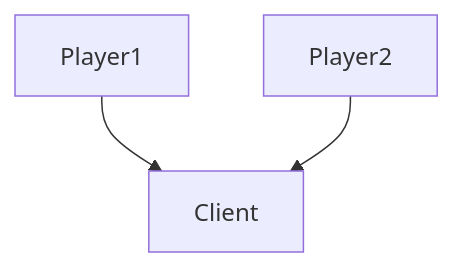
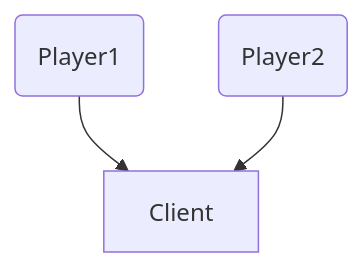
Before and after one commit to MsYqgzt/msyqgzt.github.io: the first of 5 diagrams in blog/source/_posts/Unity Mirror.md, drawn with Mermaid. The commit also changed other lines of this file and 97 other files, not shown here.

Commit message:
upload/add mermaid plugin

````diff
--- a/blog/source/_posts/Unity Mirror.md
+++ b/blog/source/_posts/Unity Mirror.md
@@ -25,5 +26,5 @@
 ```mermaid
 graph TB;
-  Player1-->Client
-  Player2-->Client
+  p1(Player1)-->Client;
+  p2(Player2)-->Client;
 ```
````
